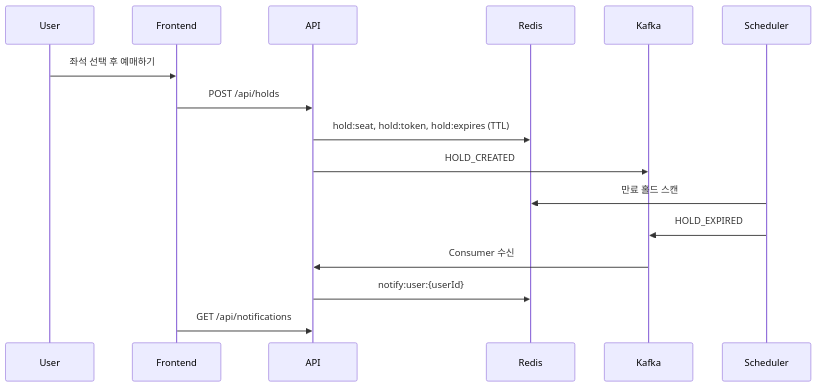
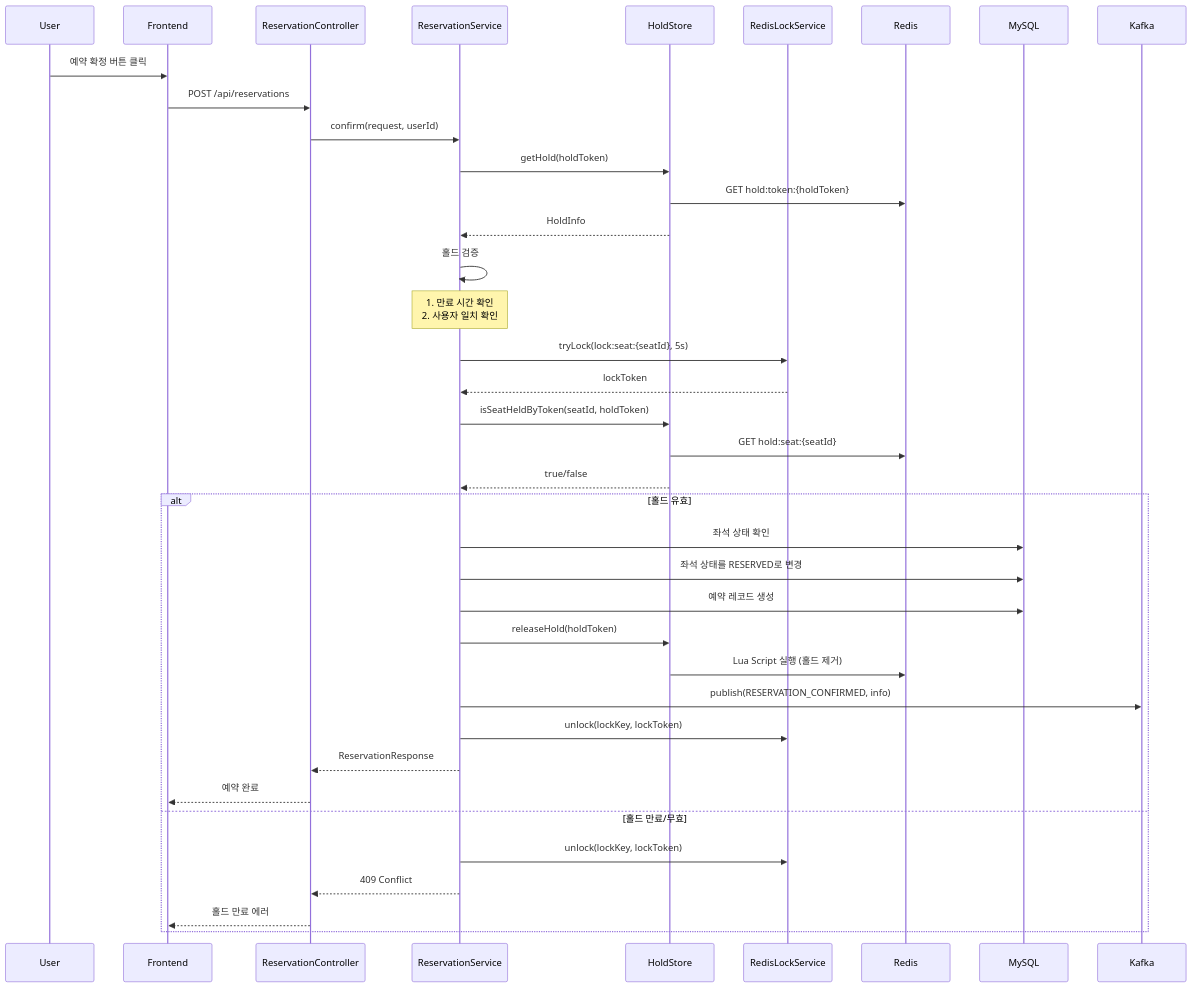
The fourth of 8 diagrams in docs/architecture.md (kiy3035/Ticketing), drawn with Mermaid before and after one commit. The commit also changed other lines of this file and 24 other files, not shown here.

````diff
--- a/docs/architecture.md
+++ b/docs/architecture.md
@@ -41,20 +272,46 @@
 ```mermaid
 sequenceDiagram
     participant U as User
     participant FE as Frontend
-    participant API as API
+    participant API as ReservationController
+    participant RSvc as ReservationService
+    participant Store as HoldStore
+    participant Lock as RedisLockService
     participant R as Redis
+    participant DB as MySQL
     participant K as Kafka
-    participant SCH as Scheduler
 
-    U->>FE: 좌석 선택 후 예매하기
-    FE->>API: POST /api/holds
-    API->>R: hold:seat, hold:token, hold:expires (TTL)
-    API->>K: HOLD_CREATED
-
-    SCH->>R: 만료 홀드 스캔
-    SCH->>K: HOLD_EXPIRED
-    K->>API: Consumer 수신
-    API->>R: notify:user:{userId}
-    FE->>API: GET /api/notifications
+    U->>FE: 예약 확정 버튼 클릭
+    FE->>API: POST /api/reservations
+    API->>RSvc: confirm(request, userId)
+    
+    RSvc->>Store: getHold(holdToken)
+    Store->>R: GET hold:token:{holdToken}
+    Store-->>RSvc: HoldInfo
+    
+    RSvc->>RSvc: 홀드 검증
+    Note over RSvc: 1. 만료 시간 확인<br/>2. 사용자 일치 확인
+    
+    RSvc->>Lock: tryLock(lock:seat:{seatId}, 5s)
+    Lock-->>RSvc: lockToken
+    
+    RSvc->>Store: isSeatHeldByToken(seatId, holdToken)
+    Store->>R: GET hold:seat:{seatId}
+    Store-->>RSvc: true/false
+    
+    alt 홀드 유효
+        RSvc->>DB: 좌석 상태 확인
+        RSvc->>DB: 좌석 상태를 RESERVED로 변경
+        RSvc->>DB: 예약 레코드 생성
+        RSvc->>Store: releaseHold(holdToken)
+        Store->>R: Lua Script 실행 (홀드 제거)
+        RSvc->>K: publish(RESERVATION_CONFIRMED, info)
+        RSvc->>Lock: unlock(lockKey, lockToken)
+        RSvc-->>API: ReservationResponse
+        API-->>FE: 예약 완료
+    else 홀드 만료/무효
+        RSvc->>Lock: unlock(lockKey, lockToken)
+        RSvc-->>API: 409 Conflict
+        API-->>FE: 홀드 만료 에러
+    end
 ```
````
